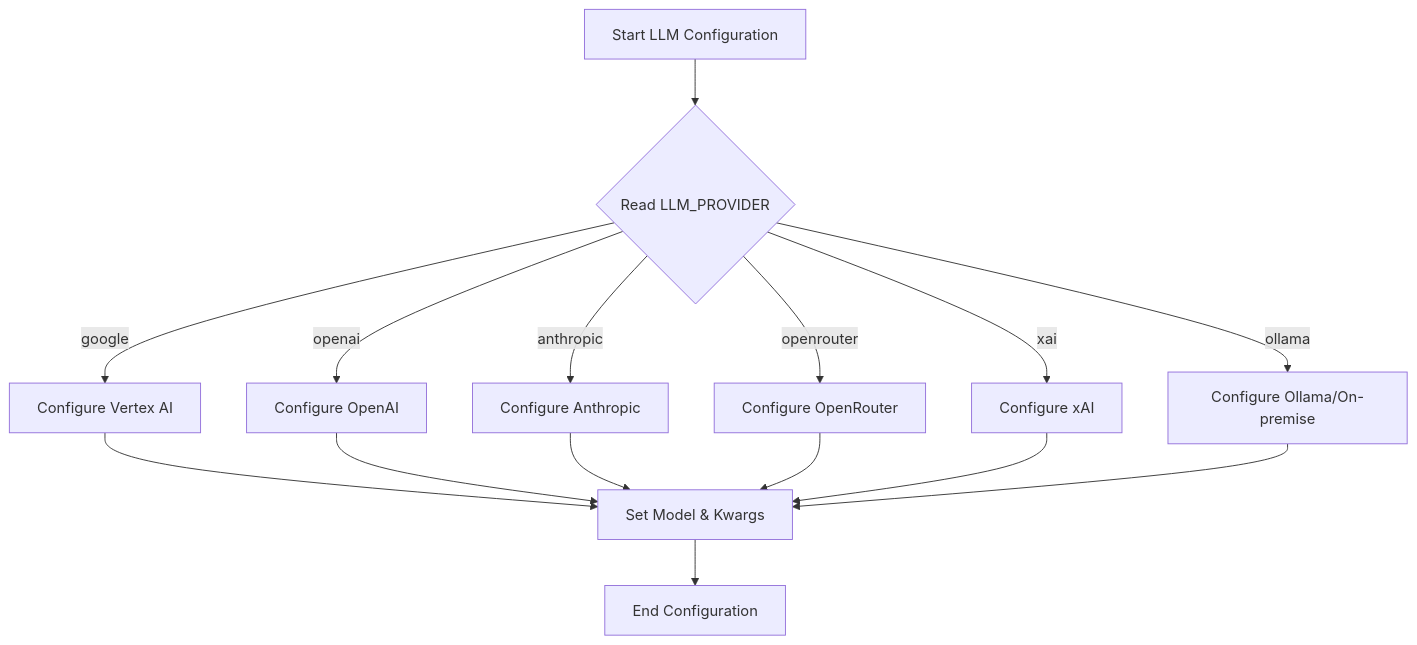
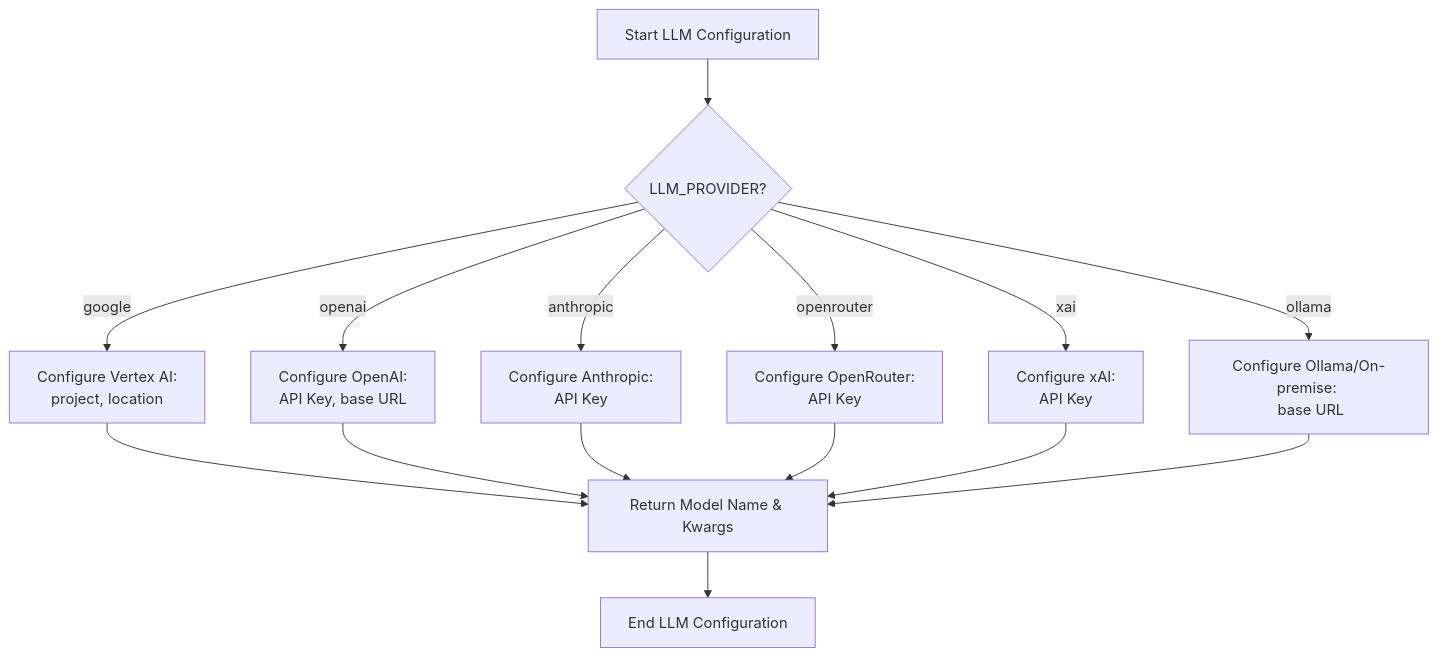
The third of 19 diagrams in examples/wiki_as_README.md (catuscio/wiki-as-readme), drawn with Mermaid before and after one commit. The commit also changed other lines of this file, not shown here.

````diff
--- a/examples/wiki_as_README.md
+++ b/examples/wiki_as_README.md
@@ -422,17 +480,17 @@
 ```mermaid
 graph TD
-    A["Start LLM Configuration"] --> B{"Read LLM_PROVIDER"};
-    B -- "google" --> C["Configure Vertex AI"];
-    B -- "openai" --> D["Configure OpenAI"];
-    B -- "anthropic" --> E["Configure Anthropic"];
-    B -- "openrouter" --> F["Configure OpenRouter"];
-    B -- "xai" --> G["Configure xAI"];
-    B -- "ollama" --> H["Configure Ollama/On-premise"];
-    C --> I["Set Model & Kwargs"];
-    D --> I;
-    E --> I;
-    F --> I;
-    G --> I;
-    H --> I;
-    I --> J["End Configuration"];
+    A["Start LLM Configuration"] --> B{"LLM_PROVIDER?"}
+    B -- "google" --> C["Configure Vertex AI: <br/> project, location"]
+    B -- "openai" --> D["Configure OpenAI: <br/> API Key, base URL"]
+    B -- "anthropic" --> E["Configure Anthropic: <br/> API Key"]
+    B -- "openrouter" --> F["Configure OpenRouter: <br/> API Key"]
+    B -- "xai" --> G["Configure xAI: <br/> API Key"]
+    B -- "ollama" --> H["Configure Ollama/On-premise: <br/> base URL"]
+    C --> I["Return Model Name & Kwargs"]
+    D --> I
+    E --> I
+    F --> I
+    G --> I
+    H --> I
+    I --> J["End LLM Configuration"]
 ```
````
